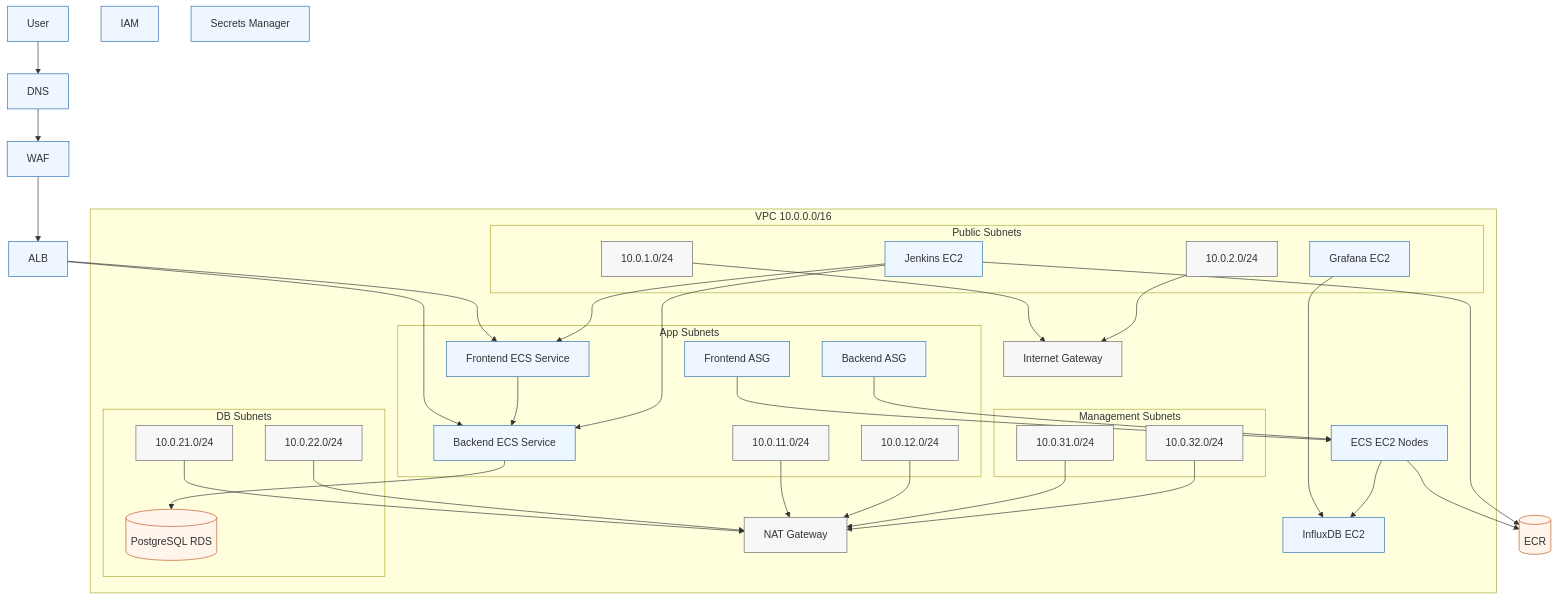
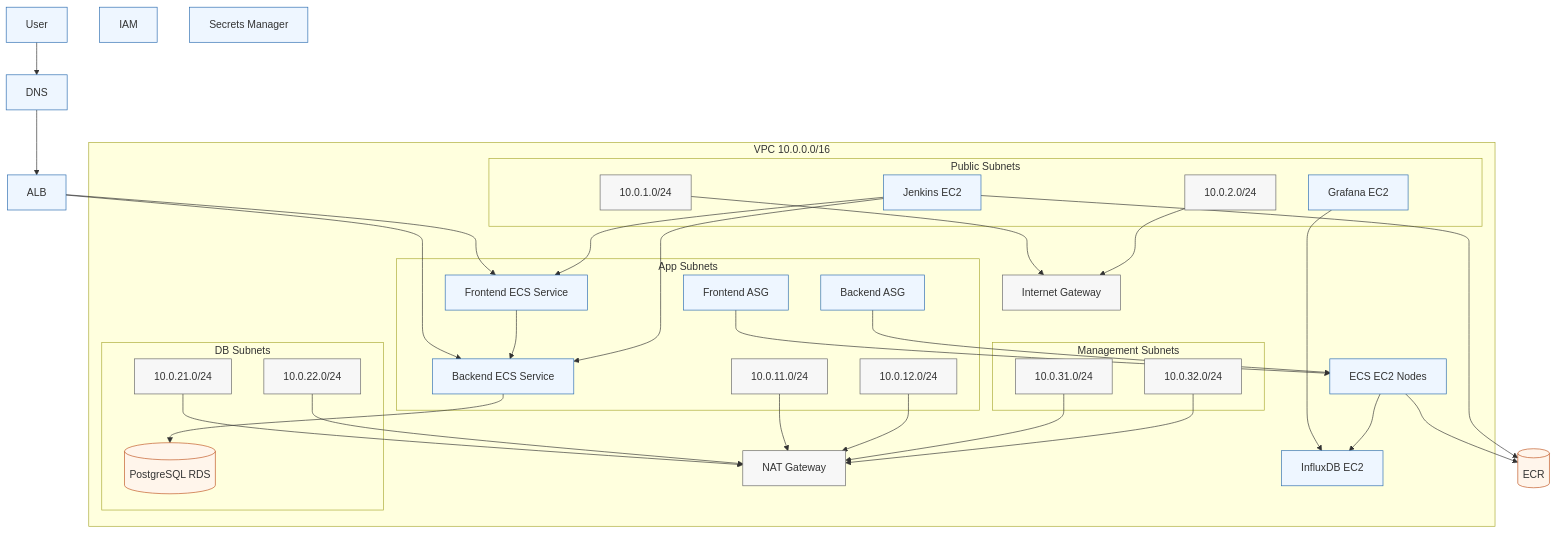
Before and after one commit to RootGaurav/ecs-three-tier: the diagram in ARCHITECTURE.md, drawn with Mermaid. The commit also changed 4 other files, not shown here.

````diff
--- a/ARCHITECTURE.md
+++ b/ARCHITECTURE.md
@@ -3,76 +3,75 @@
 ```mermaid
 flowchart TB
   user[User]
   dns[DNS]
-  waf[WAF]
   alb[ALB]
 
   subgraph vpc[VPC 10.0.0.0/16]
     igw[Internet Gateway]
     nat[NAT Gateway]
 
     subgraph pub[Public Subnets]
       pub1[10.0.1.0/24]
       pub2[10.0.2.0/24]
       jenkins[Jenkins EC2]
       grafana[Grafana EC2]
     end
 
     subgraph app[App Subnets]
       app1[10.0.11.0/24]
       app2[10.0.12.0/24]
       feasg[Frontend ASG]
       beasg[Backend ASG]
       feecs[Frontend ECS Service]
       beecs[Backend ECS Service]
     end
 
     subgraph db[DB Subnets]
       db1[10.0.21.0/24]
       db2[10.0.22.0/24]
       rds[(PostgreSQL RDS)]
     end
 
     subgraph mgmt[Management Subnets]
       mgmt1[10.0.31.0/24]
       mgmt2[10.0.32.0/24]
     end
 
     influx[InfluxDB EC2]
     ecsnodes[ECS EC2 Nodes]
   end
 
   ecr[(ECR)]
   iam[IAM]
   sm[Secrets Manager]
 
-  user --> dns --> waf --> alb
+  user --> dns --> alb
   alb --> feecs
   alb --> beecs
   feecs --> beecs
   beecs --> rds
   feasg --> ecsnodes
   beasg --> ecsnodes
   ecsnodes --> ecr
   jenkins --> ecr
   jenkins --> feecs
   jenkins --> beecs
   grafana --> influx
   ecsnodes --> influx
 
   pub1 --> igw
   pub2 --> igw
   app1 --> nat
   app2 --> nat
   db1 --> nat
   db2 --> nat
   mgmt1 --> nat
   mgmt2 --> nat
 
   classDef net fill:#f7f7f7,stroke:#666;
   classDef svc fill:#eef6ff,stroke:#2b6cb0;
   classDef data fill:#fff5eb,stroke:#c05621;
   class pub1,pub2,app1,app2,db1,db2,mgmt1,mgmt2,igw,nat net;
-  class user,dns,waf,alb,jenkins,grafana,influx,ecsnodes,feasg,beasg,feecs,beecs,iam,sm svc;
+  class user,dns,alb,jenkins,grafana,influx,ecsnodes,feasg,beasg,feecs,beecs,iam,sm svc;
   class rds,ecr data;
 ```
````
